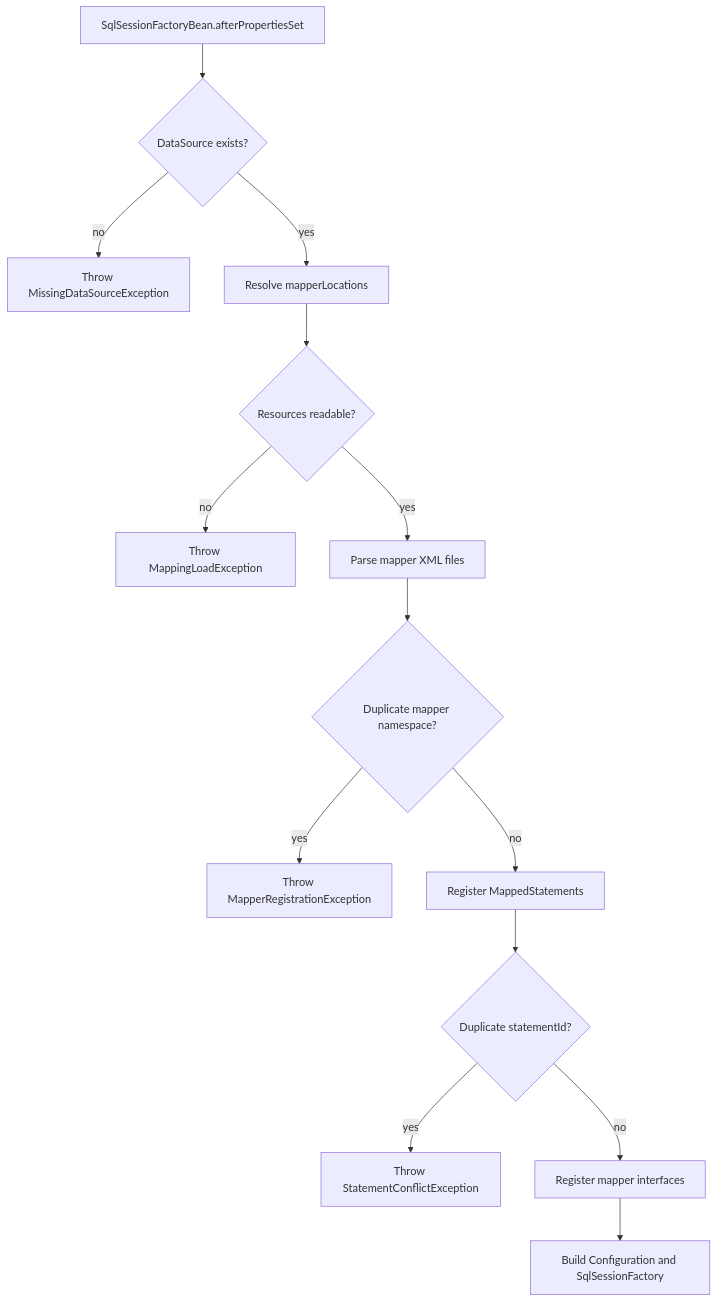
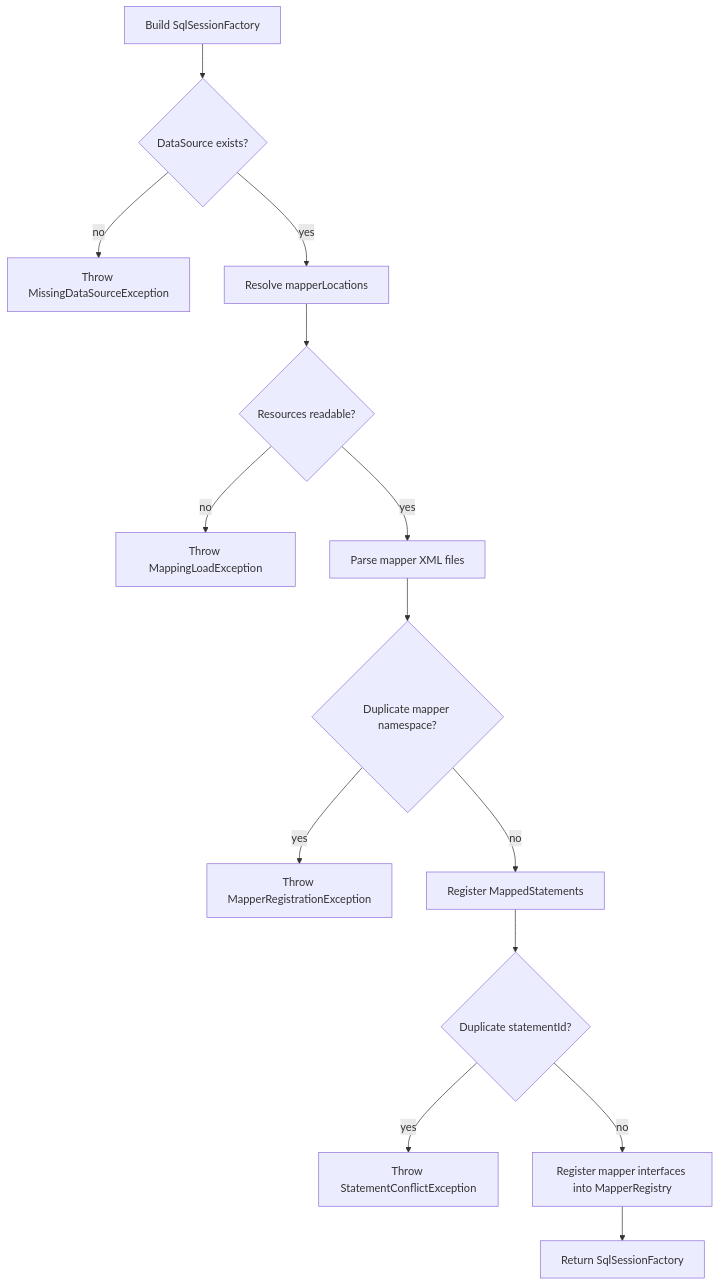
One commit to Jianing-Xu/mini-mybatis changed the sixth of 6 diagrams in docs/integration-mybatis-spring.md. Above: the diagram before and after it, drawn with Mermaid. The commit also changed other lines of this file and 2 other files, not shown here.

````diff
--- a/docs/integration-mybatis-spring.md
+++ b/docs/integration-mybatis-spring.md
@@ -460,16 +503,16 @@
 ```mermaid
 flowchart TD
-    rl1["SqlSessionFactoryBean.afterPropertiesSet"] --> rl2{"DataSource exists?"}
+    rl1["Build SqlSessionFactory"] --> rl2{"DataSource exists?"}
     rl2 -->|no| rl3["Throw MissingDataSourceException"]
     rl2 -->|yes| rl4["Resolve mapperLocations"]
     rl4 --> rl5{"Resources readable?"}
     rl5 -->|no| rl6["Throw MappingLoadException"]
     rl5 -->|yes| rl7["Parse mapper XML files"]
     rl7 --> rl8{"Duplicate mapper namespace?"}
     rl8 -->|yes| rl9["Throw MapperRegistrationException"]
     rl8 -->|no| rl10["Register MappedStatements"]
     rl10 --> rl11{"Duplicate statementId?"}
     rl11 -->|yes| rl12["Throw StatementConflictException"]
-    rl11 -->|no| rl13["Register mapper interfaces"]
-    rl13 --> rl14["Build Configuration and SqlSessionFactory"]
+    rl11 -->|no| rl13["Register mapper interfaces into MapperRegistry"]
+    rl13 --> rl14["Return SqlSessionFactory"]
 ```
````
